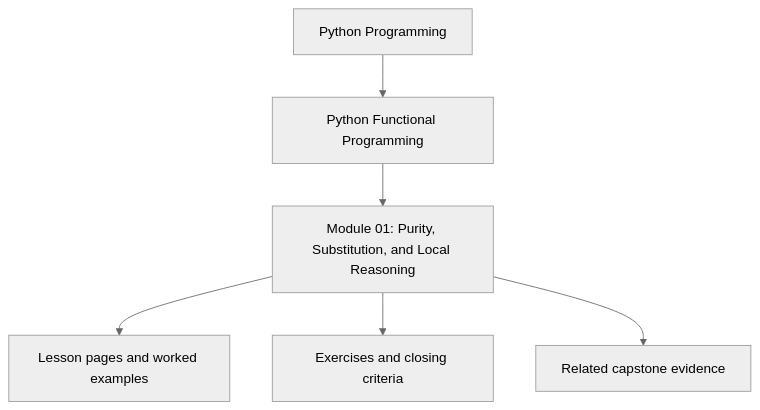
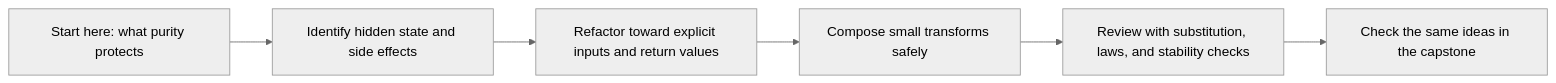
The diagram in programs/python-programming/python-functional-programming/course-book/module-01-purity-substitution-local-reasoning/index.md (bijux/bijux-masterclass), drawn with Mermaid (neutral theme) before and after one commit. The commit also changed other lines of this file, not shown here.

Commit message:
docs(functional-programming): clarify module 01 entry route

````diff
--- a/programs/python-programming/python-functional-programming/course-book/module-01-purity-substitution-local-reasoning/index.md
+++ b/programs/python-programming/python-functional-programming/course-book/module-01-purity-substitution-local-reasoning/index.md
@@ -7,8 +7,8 @@
 ```mermaid
-flowchart TD
-  family["Python Programming"] --> program["Python Functional Programming"]
-  program --> module["Module 01: Purity, Substitution, and Local Reasoning"]
-  module --> lessons["Lesson pages and worked examples"]
-  module --> checkpoints["Exercises and closing criteria"]
-  module --> capstone["Related capstone evidence"]
+flowchart LR
+  purpose["Start here: what purity protects"] --> identify["Identify hidden state and side effects"]
+  identify --> refactor["Refactor toward explicit inputs and return values"]
+  refactor --> compose["Compose small transforms safely"]
+  compose --> review["Review with substitution, laws, and stability checks"]
+  review --> capstone["Check the same ideas in the capstone"]
 ```
````
